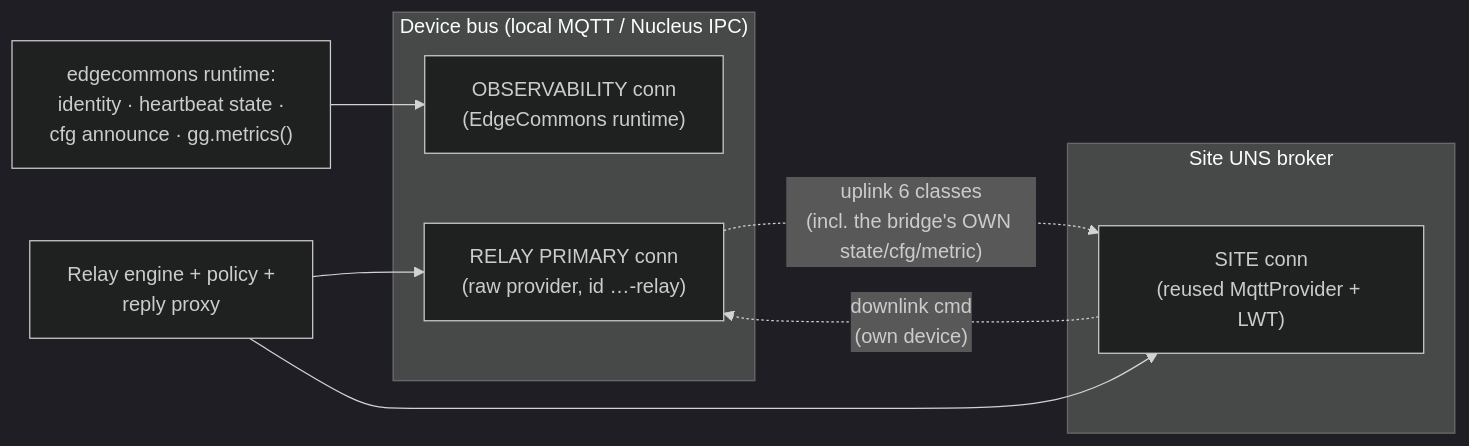
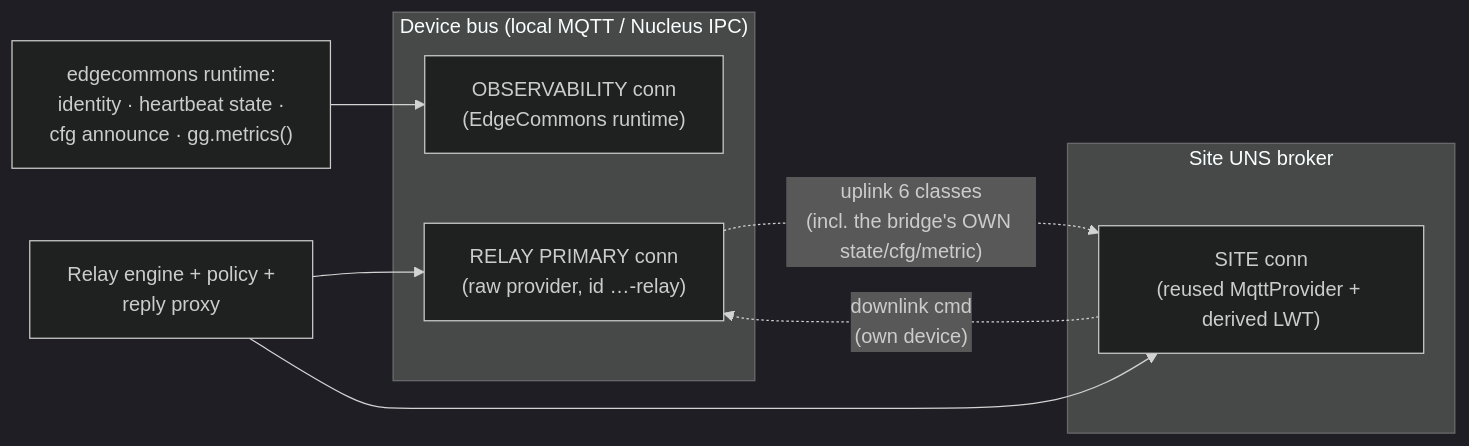
Before and after one commit to edgecommons/uns-bridge: the first of 2 diagrams in docs/explanation.md, drawn with Mermaid (dark theme). The commit also changed other lines of this file and 21 other files, not shown here.

````diff
--- a/docs/explanation.md
+++ b/docs/explanation.md
@@ -30,15 +30,15 @@
 ```mermaid
 flowchart LR
   subgraph device["Device bus (local MQTT / Nucleus IPC)"]
     obs["OBSERVABILITY conn\n(EdgeCommons runtime)"]
     relayp["RELAY PRIMARY conn\n(raw provider, id …-relay)"]
   end
   subgraph site["Site UNS broker"]
-    sitec["SITE conn\n(reused MqttProvider + LWT)"]
+    sitec["SITE conn\n(reused MqttProvider + derived LWT)"]
   end
   runtime["edgecommons runtime:\nidentity · heartbeat state ·\ncfg announce · gg.metrics()"] --> obs
   engine["Relay engine + policy +\nreply proxy"] --> relayp
   engine --> sitec
   relayp -. "uplink 6 classes\n(incl. the bridge's OWN state/cfg/metric)" .-> sitec
   sitec -. "downlink cmd\n(own device)" .-> relayp
 ```
````
